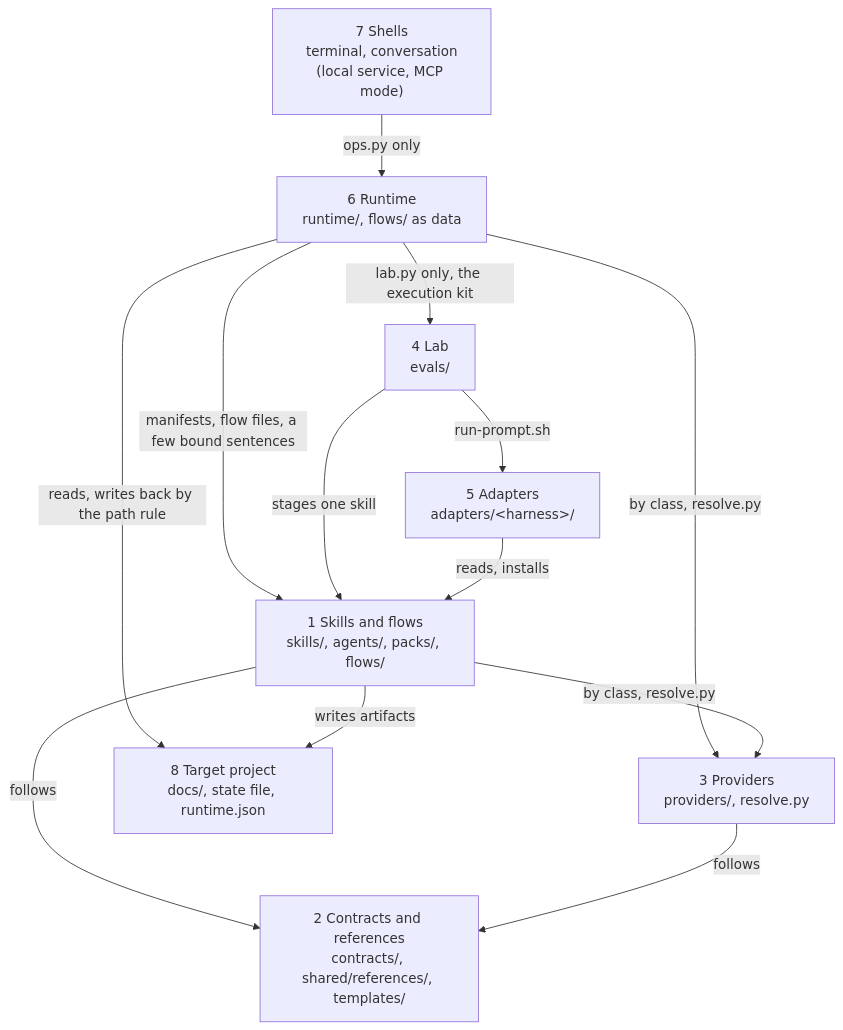
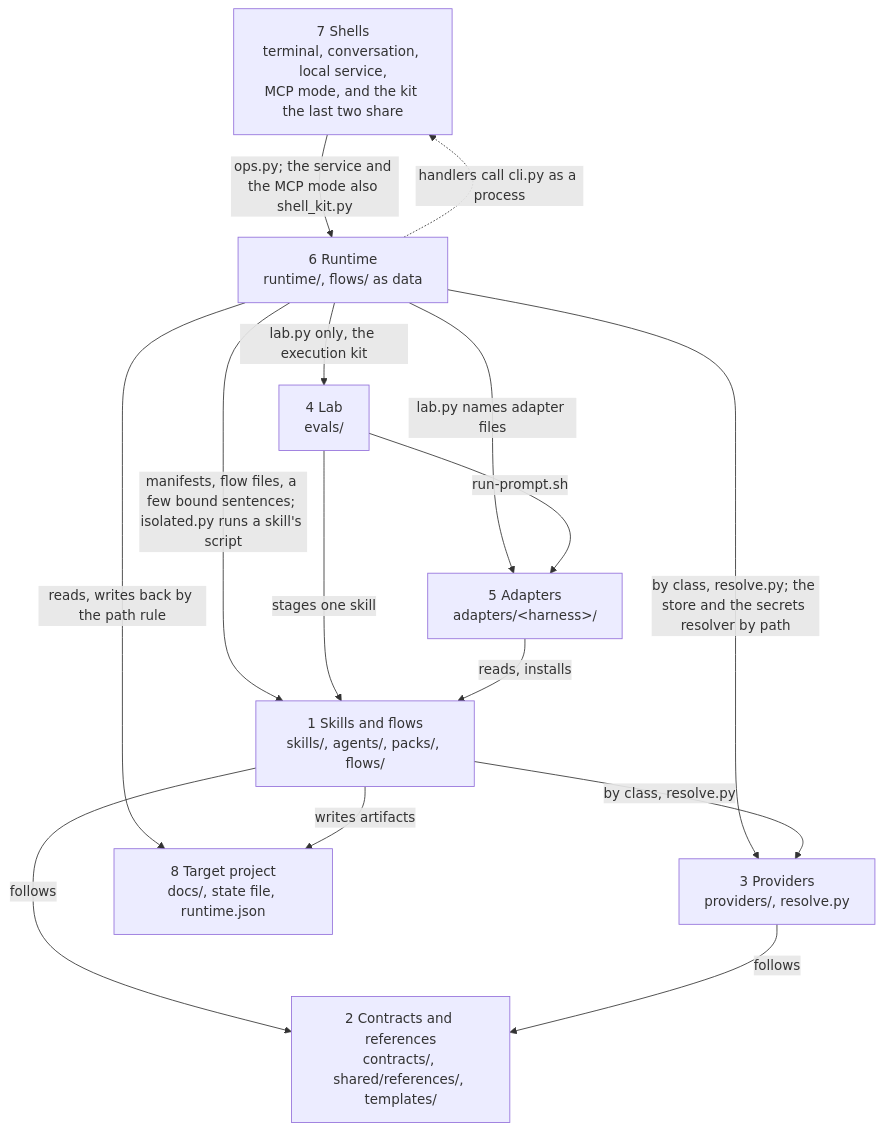
One commit to chrissgon/ai-workbench changed the first of 2 diagrams in docs/architecture/platform/README.md. Above: the diagram before and after it, drawn with Mermaid. The commit also changed other lines of this file and 1 other file, not shown here.

First line of the commit message:
docs(architecture): the README, the review's status and the glossary follow the code (WP-D.6)

````diff
--- a/docs/architecture/platform/README.md
+++ b/docs/architecture/platform/README.md
@@ -62,24 +69,26 @@
 ```mermaid
 flowchart TB
-    L7["7 Shells<br/>terminal, conversation<br/>(local service, MCP mode)"]
+    L7["7 Shells<br/>terminal, conversation, local service,<br/>MCP mode, and the kit the last two share"]
     L6["6 Runtime<br/>runtime/, flows/ as data"]
     L5["5 Adapters<br/>adapters/&lt;harness&gt;/"]
     L4["4 Lab<br/>evals/"]
     L3["3 Providers<br/>providers/, resolve.py"]
     L2["2 Contracts and references<br/>contracts/, shared/references/, templates/"]
     L1["1 Skills and flows<br/>skills/, agents/, packs/, flows/"]
     L8["8 Target project<br/>docs/, state file, runtime.json"]
 
-    L7 -->|"ops.py only"| L6
+    L7 -->|"ops.py; the service and the MCP mode also shell_kit.py"| L6
+    L6 -.->|"handlers call cli.py as a process"| L7
     L6 -->|"lab.py only, the execution kit"| L4
-    L6 -->|"by class, resolve.py"| L3
-    L6 -->|"manifests, flow files, a few bound sentences"| L1
+    L6 -->|"lab.py names adapter files"| L5
+    L6 -->|"by class, resolve.py; the store and the secrets resolver by path"| L3
+    L6 -->|"manifests, flow files, a few bound sentences; isolated.py runs a skill's script"| L1
     L6 -->|"reads, writes back by the path rule"| L8
     L4 -->|"stages one skill"| L1
     L4 -->|"run-prompt.sh"| L5
     L5 -->|"reads, installs"| L1
     L1 -->|"follows"| L2
     L3 -->|"follows"| L2
     L1 -->|"writes artifacts"| L8
     L1 -->|"by class, resolve.py"| L3
 ```
````
